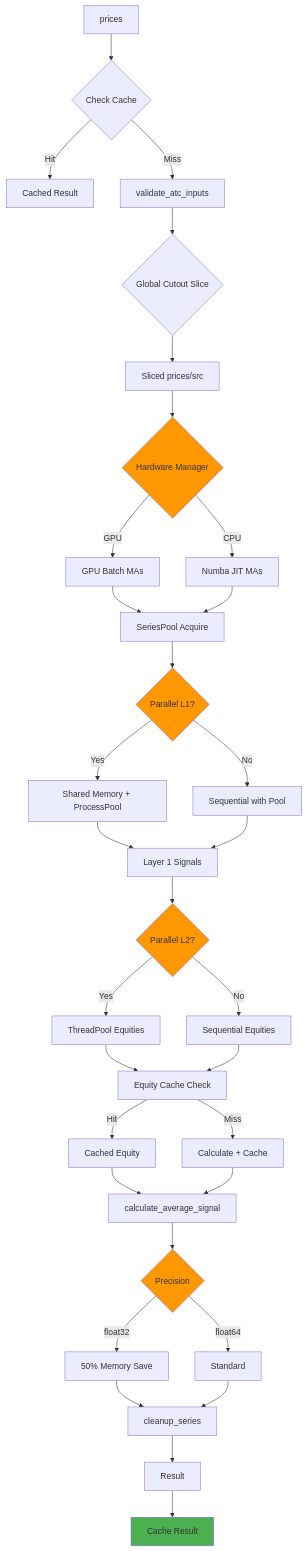
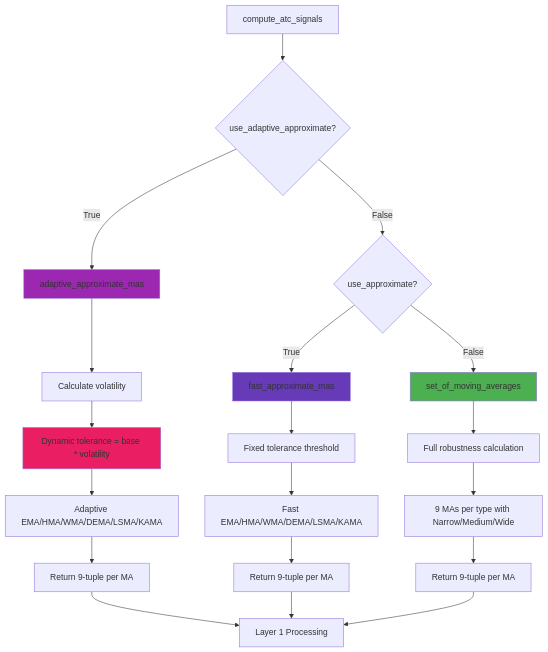
One commit to Nguyenthang2292/Sovereign-IQ changed the third of 12 diagrams in modules/adaptive_trend_LTS/docs/optimization_flow_diagram.md. Above: the diagram before and after it, drawn with Mermaid. The commit also changed other lines of this file and 81 other files, not shown here.

````diff
--- a/modules/adaptive_trend_LTS/docs/optimization_flow_diagram.md
+++ b/modules/adaptive_trend_LTS/docs/optimization_flow_diagram.md
@@ -77,52 +107,30 @@
 ```mermaid
-graph TB
-    A[prices] --> B{Check Cache}
-    B -->|Hit| Z[Cached Result]
-    B -->|Miss| C[validate_atc_inputs]
+graph TD
+    A[compute_atc_signals] --> B{use_adaptive_approximate?}
 
-    C --> D{Global Cutout Slice}
-    D --> E[Sliced prices/src]
+    B -->|True| C[adaptive_approximate_mas]
+    C --> C1[Calculate volatility]
+    C1 --> C2[Dynamic tolerance = base * volatility]
+    C2 --> C3[Adaptive EMA/HMA/WMA/DEMA/LSMA/KAMA]
+    C3 --> C4[Return 9-tuple per MA]
 
-    E --> F{Hardware Manager}
-    F -->|GPU| G[GPU Batch MAs]
-    F -->|CPU| H[Numba JIT MAs]
+    B -->|False| D{use_approximate?}
+    D -->|True| E[fast_approximate_mas]
+    E --> E1[Fixed tolerance threshold]
+    E1 --> E2[Fast EMA/HMA/WMA/DEMA/LSMA/KAMA]
+    E2 --> E3[Return 9-tuple per MA]
 
-    G --> I[SeriesPool Acquire]
-    H --> I
+    D -->|False| F[set_of_moving_averages]
+    F --> F1[Full robustness calculation]
+    F1 --> F2[9 MAs per type with Narrow/Medium/Wide]
+    F2 --> F3[Return 9-tuple per MA]
 
-    I --> J{Parallel L1?}
-    J -->|Yes| K[Shared Memory + ProcessPool]
-    J -->|No| L[Sequential with Pool]
+    C4 --> G[Layer 1 Processing]
+    E3 --> G
+    F3 --> G
 
-    K --> M[Layer 1 Signals]
-    L --> M
-
-    M --> N{Parallel L2?}
-    N -->|Yes| O[ThreadPool Equities]
-    N -->|No| P[Sequential Equities]
-
-    O --> Q[Equity Cache Check]
-    P --> Q
-
-    Q -->|Hit| R[Cached Equity]
-    Q -->|Miss| S[Calculate + Cache]
-
-    R --> T[calculate_average_signal]
-    S --> T
-
-    T --> U{Precision}
-    U -->|float32| V[50% Memory Save]
-    U -->|float64| W[Standard]
-
-    V --> X[cleanup_series]
-    W --> X
-
-    X --> Y[Result]
-    Y --> AA[Cache Result]
-
-    style F fill:#FF9800
-    style J fill:#FF9800
-    style N fill:#FF9800
-    style U fill:#FF9800
-    style AA fill:#4CAF50
+    style C fill:#9C27B0
+    style E fill:#673AB7
+    style F fill:#4CAF50
+    style C2 fill:#E91E63
 ```
````
